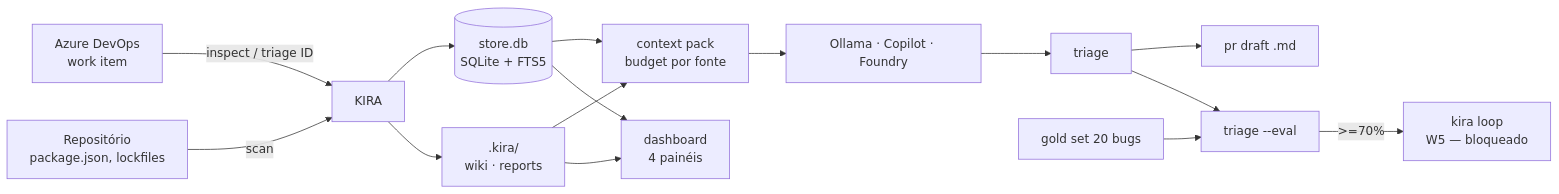
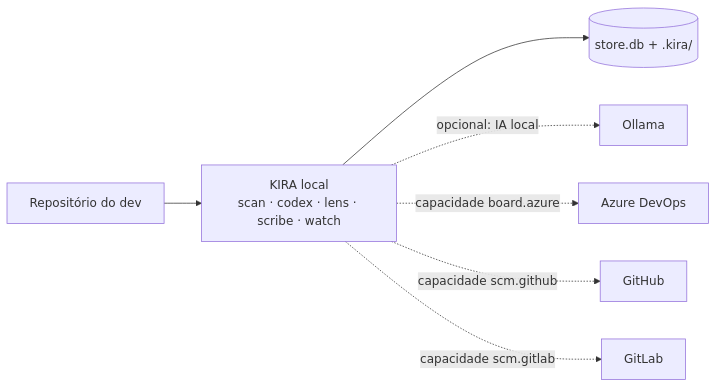
The first of 3 diagrams in docs/kira-jornadas.md (sergingroisman/kira), drawn with Mermaid before and after one commit. The commit also changed other lines of this file and 3 other files, not shown here.

````diff
--- a/docs/kira-jornadas.md
+++ b/docs/kira-jornadas.md
@@ -9,17 +12,9 @@
 ```mermaid
 flowchart LR
-  ADO[Azure DevOps<br/>work item] -->|inspect / triage ID| KIRA
-  FS[Repositório<br/>package.json, lockfiles] -->|scan| KIRA[KIRA]
-  KIRA --> STORE[(store.db<br/>SQLite + FTS5)]
-  KIRA --> KIRADIR[.kira/<br/>wiki · reports]
-  STORE --> CTX[context pack<br/>budget por fonte]
-  KIRADIR --> CTX
-  CTX --> LLM[Ollama · Copilot · Foundry]
-  LLM --> TRI[triage]
-  TRI --> PRD[pr draft .md]
-  STORE --> DASH[dashboard<br/>4 painéis]
-  KIRADIR --> DASH
-  GOLD[gold set 20 bugs] --> EVAL[triage --eval]
-  TRI --> EVAL
-  EVAL -->|>=70%| LOOP[kira loop<br/>W5 — bloqueado]
+  FS[Repositório do dev] --> CORE[KIRA local<br/>scan · codex · lens · scribe · watch]
+  CORE --> STORE[(store.db + .kira/)]
+  CORE -.->|opcional: IA local| OLL[Ollama]
+  CORE -.->|capacidade board.azure| ADO[Azure DevOps]
+  CORE -.->|capacidade scm.github| GH[GitHub]
+  CORE -.->|capacidade scm.gitlab| GL[GitLab]
 ```
````
